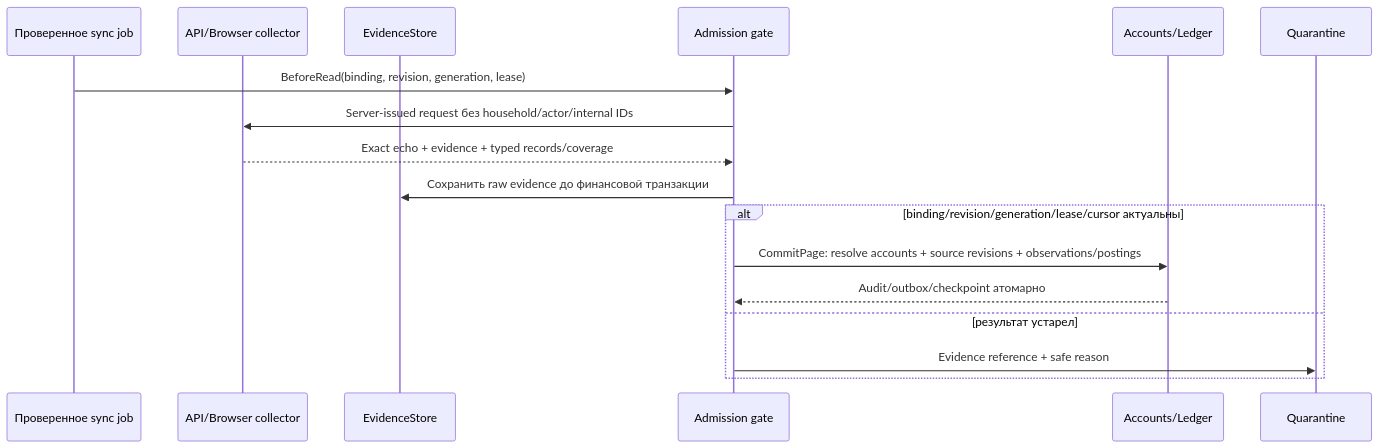
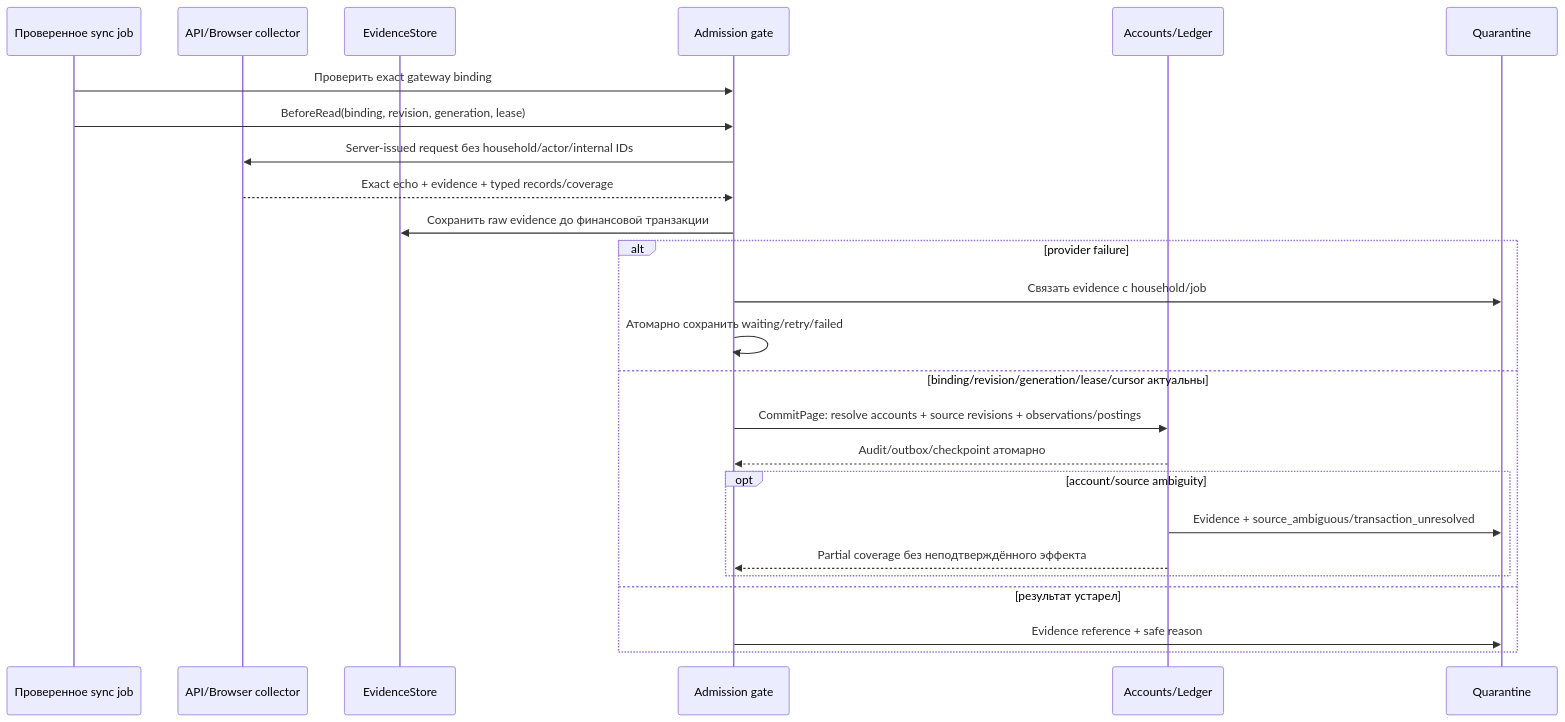
One commit to pchkauu/want-keep changed the seventh of 7 diagrams in spec/001-want-keep-mvp/flows.md. Above: the diagram before and after it, drawn with Mermaid. The commit also changed other lines of this file and 25 other files, not shown here.

````diff
--- a/spec/001-want-keep-mvp/flows.md
+++ b/spec/001-want-keep-mvp/flows.md
@@ -133,19 +133,27 @@
 ```mermaid
 sequenceDiagram
   participant J as Проверенное sync job
   participant C as API/Browser collector
   participant E as EvidenceStore
   participant G as Admission gate
   participant A as Accounts/Ledger
   participant Q as Quarantine
+  J->>G: Проверить exact gateway binding
   J->>G: BeforeRead(binding, revision, generation, lease)
   G->>C: Server-issued request без household/actor/internal IDs
   C-->>G: Exact echo + evidence + typed records/coverage
   G->>E: Сохранить raw evidence до финансовой транзакции
-  alt binding/revision/generation/lease/cursor актуальны
+  alt provider failure
+    G->>Q: Связать evidence с household/job
+    G->>G: Атомарно сохранить waiting/retry/failed
+  else binding/revision/generation/lease/cursor актуальны
     G->>A: CommitPage: resolve accounts + source revisions + observations/postings
     A-->>G: Audit/outbox/checkpoint атомарно
+    opt account/source ambiguity
+      A->>Q: Evidence + source_ambiguous/transaction_unresolved
+      A-->>G: Partial coverage без неподтверждённого эффекта
+    end
   else результат устарел
     G->>Q: Evidence reference + safe reason
   end
 ```
````
